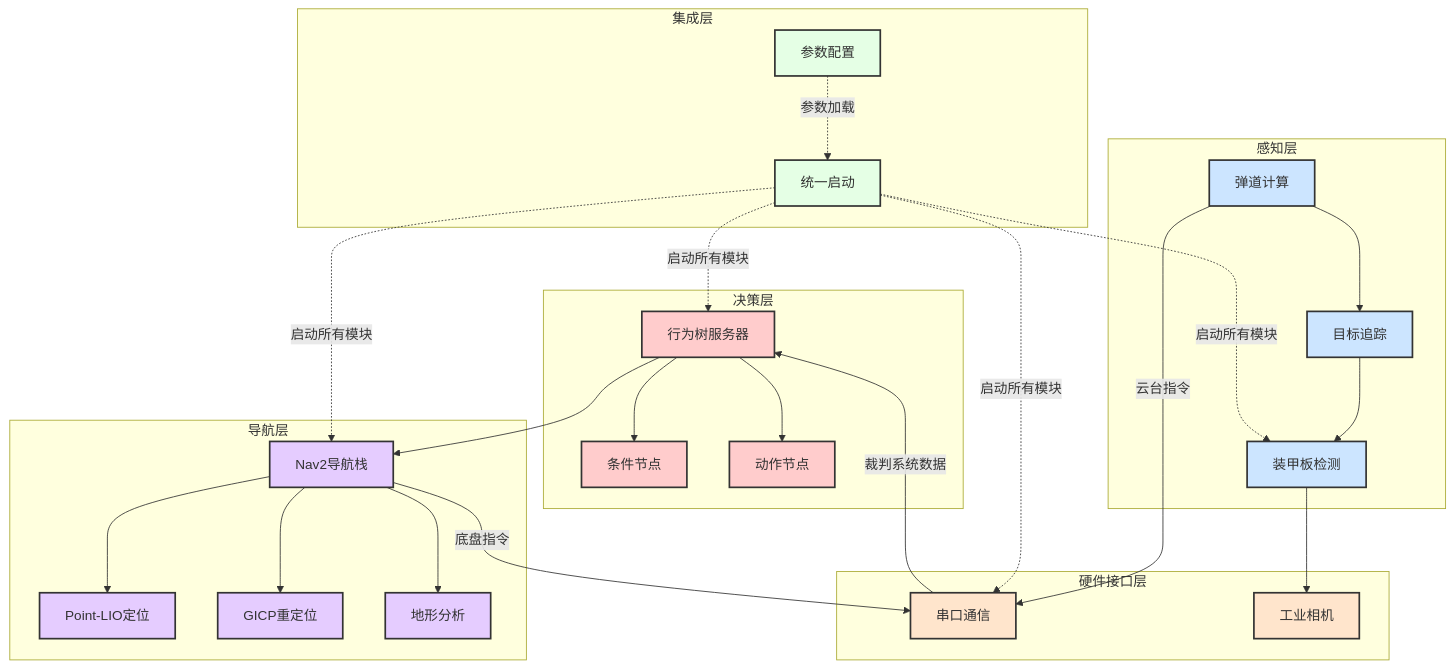
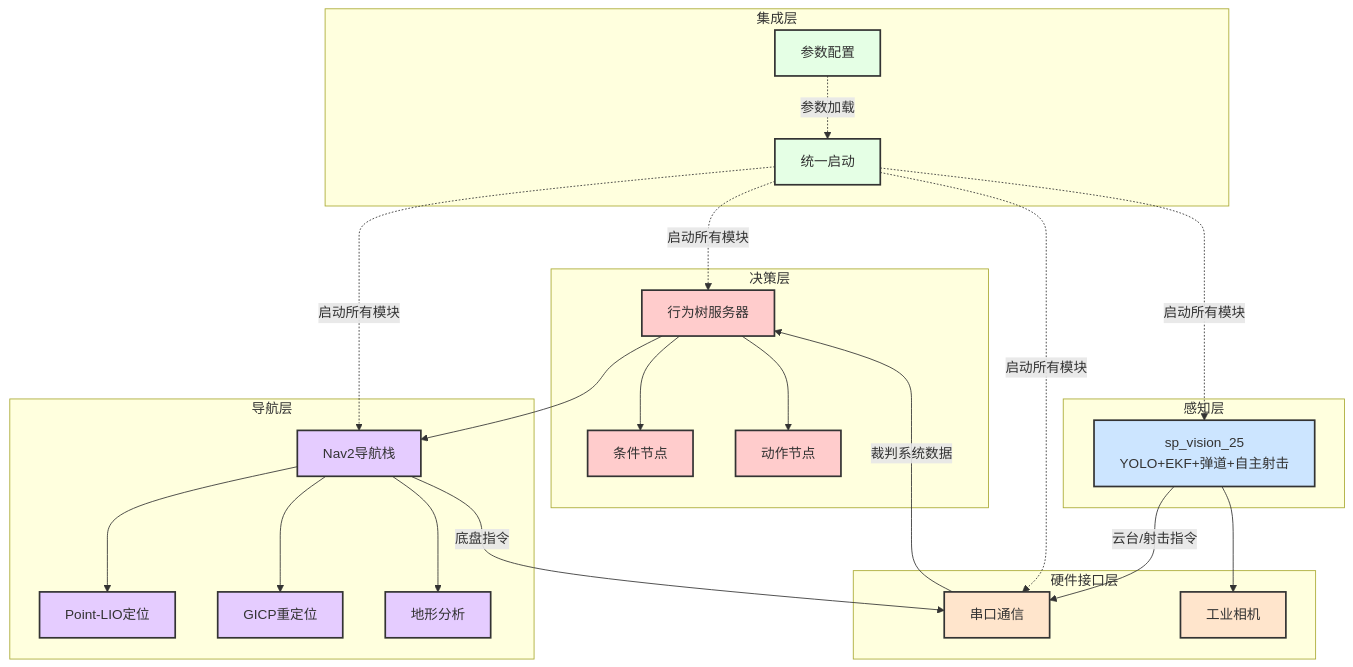
One commit to happywosabi/pb2025_sentry_ws changed the first of 7 diagrams in docs/01_系统架构.md. Above: the diagram before and after it, drawn with Mermaid. The commit also changed other lines of this file and 12 other files, not shown here.

````diff
--- a/docs/01_系统架构.md
+++ b/docs/01_系统架构.md
@@ -22,65 +22,61 @@
 ```mermaid
 graph TB
     subgraph 决策层
         BT[行为树服务器]
         BT_Cond[条件节点]
         BT_Act[动作节点]
     end
 
     subgraph 导航层
         PL[Point-LIO定位]
         GICP[GICP重定位]
         TA[地形分析]
         NAV2[Nav2导航栈]
     end
 
     subgraph 感知层
-        DET[装甲板检测]
-        TRACK[目标追踪]
-        PROJ[弹道计算]
+        SPV[sp_vision_25<br/>YOLO+EKF+弹道+自主射击]
     end
 
     subgraph 硬件接口层
         SERIAL[串口通信]
         CAM[工业相机]
     end
 
     subgraph 集成层
         BRINGUP[统一启动]
         PARAMS[参数配置]
     end
 
     BT --> NAV2
     BT --> BT_Cond
     BT --> BT_Act
 
     NAV2 --> PL
     NAV2 --> GICP
     NAV2 --> TA
 
-    DET --> CAM
-    TRACK --> DET
-    PROJ --> TRACK
+    SPV --> CAM
 
     SERIAL --> |裁判系统数据| BT
-    PROJ --> |云台指令| SERIAL
+    SPV --> |云台/射击指令| SERIAL
     NAV2 --> |底盘指令| SERIAL
 
     BRINGUP -.-> |启动所有模块| BT
     BRINGUP -.-> |启动所有模块| NAV2
-    BRINGUP -.-> |启动所有模块| DET
+    BRINGUP -.-> |启动所有模块| SPV
     BRINGUP -.-> |启动所有模块| SERIAL
     PARAMS -.-> |参数加载| BRINGUP
 
     classDef decisionClass fill:#FFCCCC,stroke:#333,stroke-width:2px
     classDef navClass fill:#E5CCFF,stroke:#333,stroke-width:2px
     classDef perceptionClass fill:#CCE5FF,stroke:#333,stroke-width:2px
     classDef hardwareClass fill:#FFE5CC,stroke:#333,stroke-width:2px
     classDef integrationClass fill:#E5FFE5,stroke:#333,stroke-width:2px
 
     class BT,BT_Cond,BT_Act decisionClass
     class NAV2,PL,GICP,TA navClass
-    class DET,TRACK,PROJ perceptionClass
+    class SPV perceptionClass
     class SERIAL,CAM hardwareClass
     class BRINGUP,PARAMS integrationClass
 ```
````
